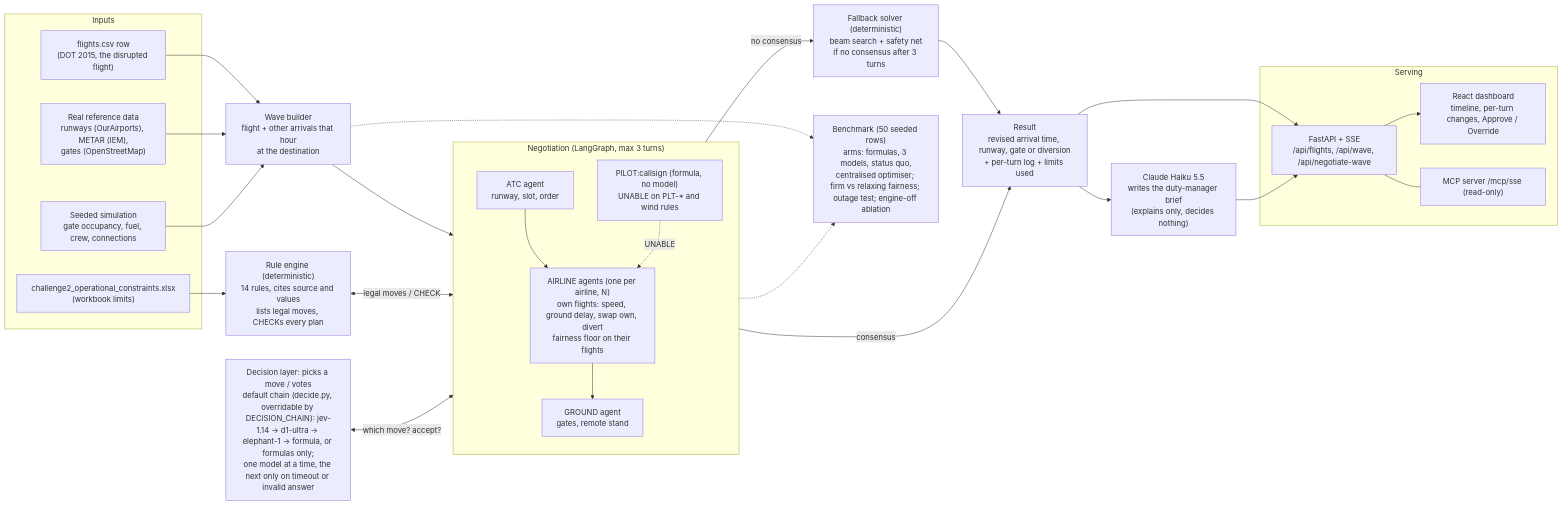
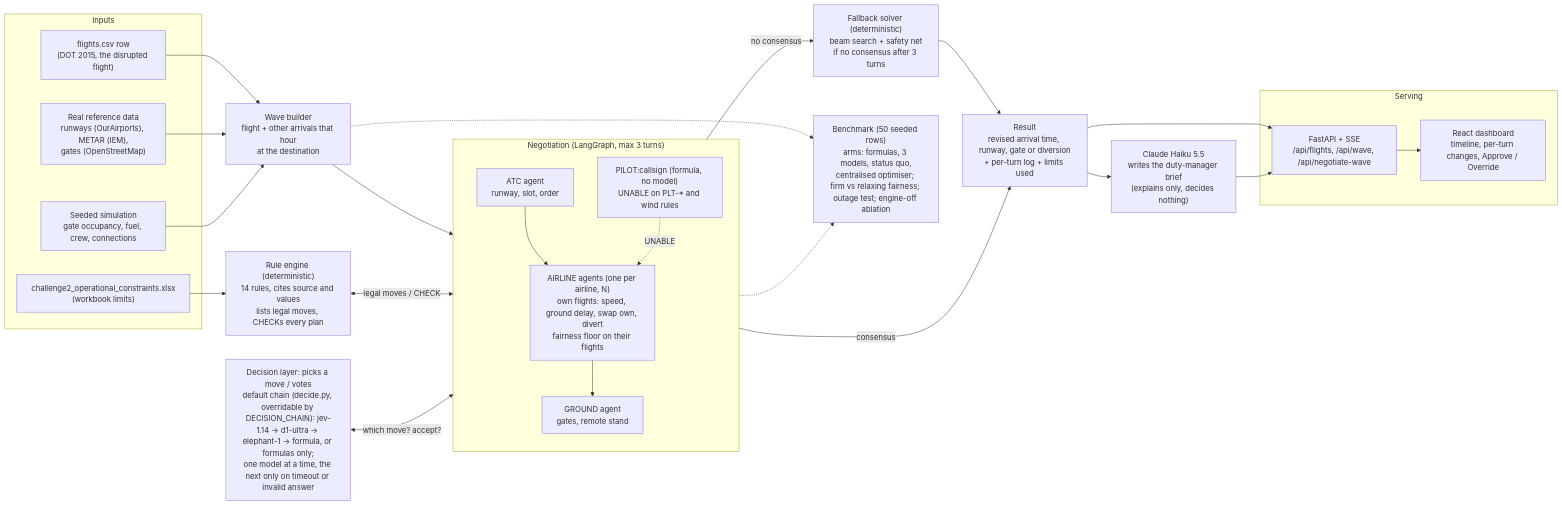
The first of 2 diagrams in README.md (zhihaohong52/final_approach), drawn with Mermaid before and after one commit. The commit also changed other lines of this file and 7 other files, not shown here.

First line of the commit message:
chore: remove the MCP server (/mcp) and the mcp dependency

````diff
--- a/README.md
+++ b/README.md
@@ -67,52 +67,50 @@
 ```mermaid
 flowchart LR
   subgraph DATA["Inputs"]
     F["flights.csv row<br/>(DOT 2015, the disrupted flight)"]
     WB["challenge2_operational_constraints.xlsx<br/>(workbook limits)"]
     REF["Real reference data<br/>runways (OurAirports), METAR (IEM),<br/>gates (OpenStreetMap)"]
     SIM["Seeded simulation<br/>gate occupancy, fuel, crew, connections"]
   end
 
   BUILD["Wave builder<br/>flight + other arrivals that hour<br/>at the destination"]
   F --> BUILD
   REF --> BUILD
   SIM --> BUILD
 
   subgraph NEG["Negotiation (LangGraph, max 3 turns)"]
     direction TB
     ATC["ATC agent<br/>runway, slot, order"]
     AIR["AIRLINE agents (one per airline, N)<br/>own flights: speed, ground delay, swap own, divert<br/>fairness floor on their flights"]
     GND["GROUND agent<br/>gates, remote stand"]
     ATC --> AIR --> GND
     PLT["PILOT:callsign (formula, no model)<br/>UNABLE on PLT-* and wind rules"]
     PLT -.->|"UNABLE"| AIR
   end
 
   ENGINE["Rule engine (deterministic)<br/>14 rules, cites source and values<br/>lists legal moves, CHECKs every plan"]
   DEC["Decision layer: picks a move / votes<br/>default chain (decide.py, overridable by DECISION_CHAIN): jev-1.14 → d1-ultra → elephant-1 → formula, or formulas only;<br/>one model at a time, the next only on timeout or invalid answer"]
   FB["Fallback solver (deterministic)<br/>beam search + safety net<br/>if no consensus after 3 turns"]
   NAR["Claude Haiku 5.5<br/>writes the duty-manager brief<br/>(explains only, decides nothing)"]
 
   BUILD --> NEG
   WB --> ENGINE
   ENGINE <-->|"legal moves / CHECK"| NEG
   DEC <-->|"which move? accept?"| NEG
   NEG -->|"no consensus"| FB
   FB --> OUT
   NEG -->|"consensus"| OUT
   OUT["Result<br/>revised arrival time, runway, gate or diversion<br/>+ per-turn log + limits used"]
   OUT --> NAR
 
   subgraph SERVE["Serving"]
     API["FastAPI + SSE<br/>/api/flights, /api/wave, /api/negotiate-wave"]
     UI["React dashboard<br/>timeline, per-turn changes, Approve / Override"]
-    MCP["MCP server /mcp/sse (read-only)"]
   end
   OUT --> API --> UI
   NAR --> API
-  API --- MCP
 
   BENCH["Benchmark (50 seeded rows)<br/>arms: formulas, 3 models, status quo,<br/>centralised optimiser; firm vs relaxing fairness; outage test; engine-off ablation"]
   BUILD -.-> BENCH
   NEG -.-> BENCH
 ```
````
